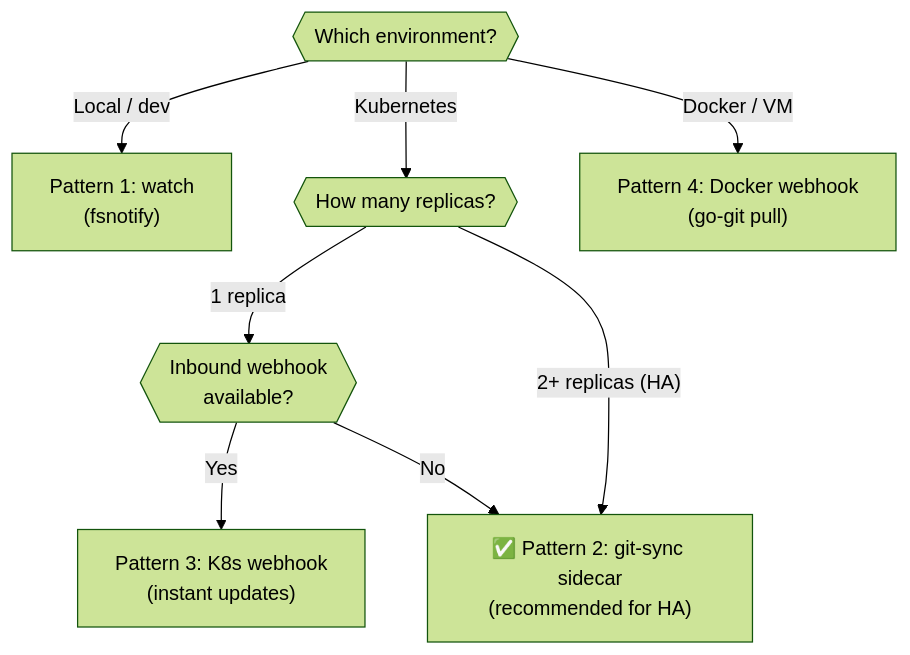
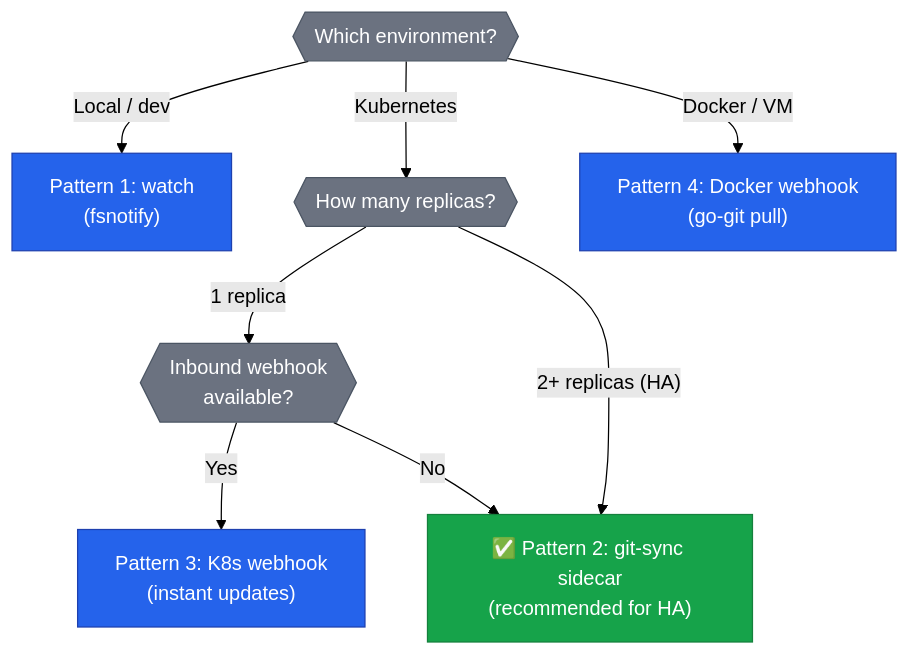
One commit to khaines/blogflow changed the first of 8 diagrams in docs/deployment-guide.md. Above: the diagram before and after it, drawn with Mermaid (forest theme). The commit also changed other lines of this file and 1 other file, not shown here.

Commit message:
docs: apply consistent Mermaid theme to user-facing diagrams

````diff
--- a/docs/deployment-guide.md
+++ b/docs/deployment-guide.md
@@ -35,12 +35,16 @@
 ```mermaid
 graph TD
-    Start{{Which environment?}} -->|Local / dev| P1["Pattern 1: watch\n(fsnotify)"]
-    Start -->|Kubernetes| K8s{{How many replicas?}}
-    Start -->|Docker / VM| P4["Pattern 4: Docker webhook\n(go-git pull)"]
+    classDef primary fill:#2563eb,stroke:#1e40af,color:#fff
+    classDef success fill:#16a34a,stroke:#15803d,color:#fff
+    classDef muted fill:#6b7280,stroke:#4b5563,color:#fff
 
-    K8s -->|"1 replica"| Single{{Inbound webhook\navailable?}}
-    K8s -->|"2+ replicas (HA)"| P2["✅ Pattern 2: git-sync sidecar\n(recommended for HA)"]
+    Start{{Which environment?}}:::muted -->|Local / dev| P1["Pattern 1: watch<br/>(fsnotify)"]:::primary
+    Start -->|Kubernetes| K8s{{How many replicas?}}:::muted
+    Start -->|Docker / VM| P4["Pattern 4: Docker webhook<br/>(go-git pull)"]:::primary
 
-    Single -->|"Yes"| P3["Pattern 3: K8s webhook\n(instant updates)"]
+    K8s -->|"1 replica"| Single{{Inbound webhook<br/>available?}}:::muted
+    K8s -->|"2+ replicas (HA)"| P2["✅ Pattern 2: git-sync sidecar<br/>(recommended for HA)"]:::success
+
+    Single -->|"Yes"| P3["Pattern 3: K8s webhook<br/>(instant updates)"]:::primary
     Single -->|"No"| P2
 ```
````
